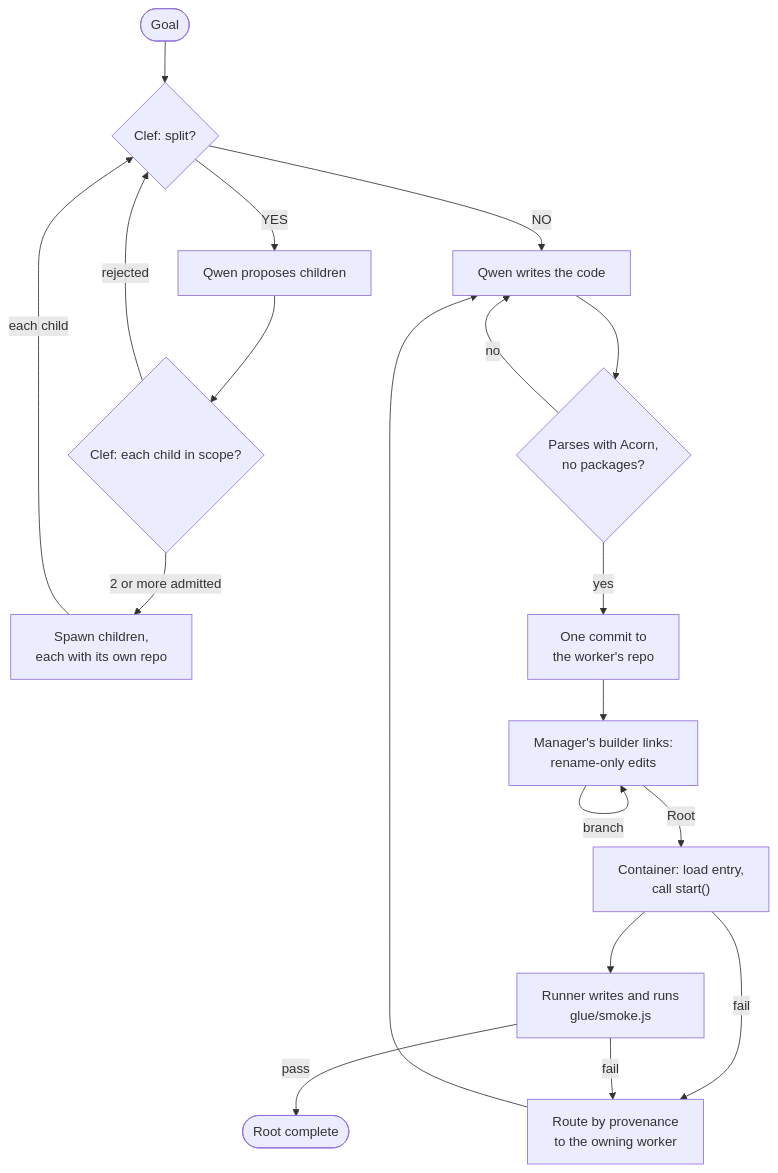
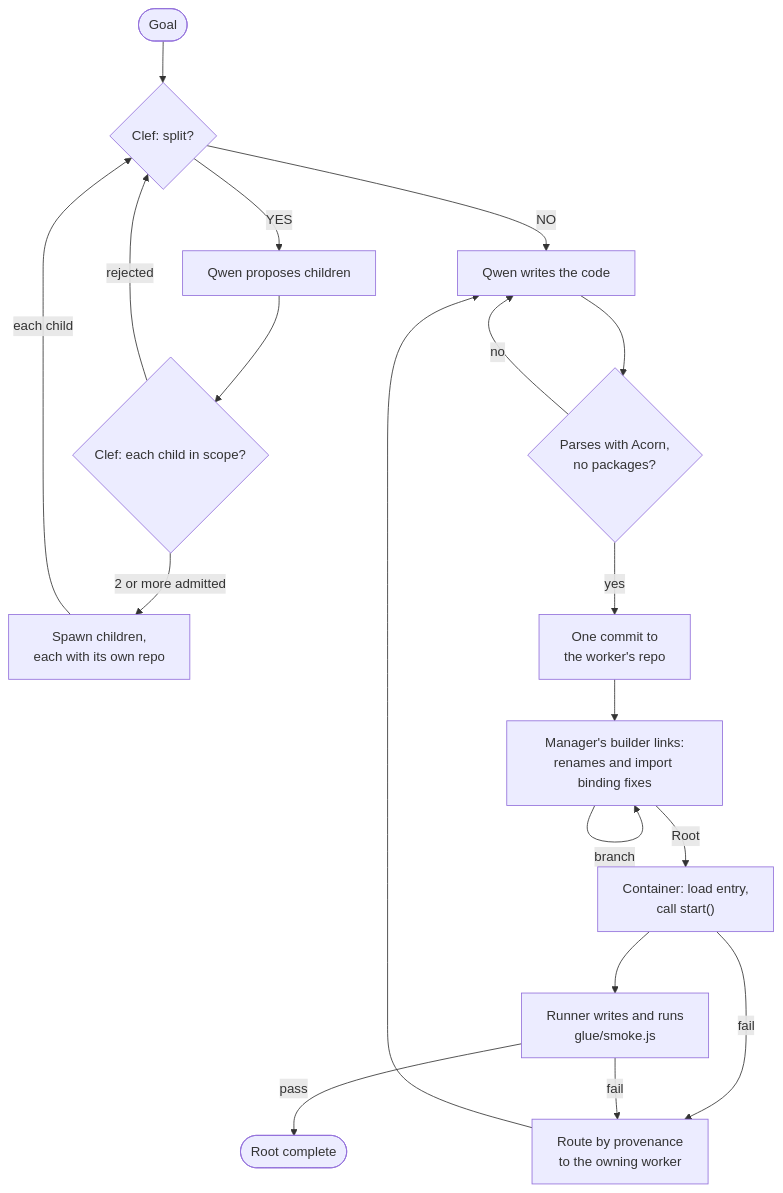
The second of 2 diagrams in README.md (tyrtop-ai/cloudflare-comp), drawn with Mermaid before and after one commit. The commit also changed other lines of this file and 4 other files, not shown here.

````diff
--- a/README.md
+++ b/README.md
@@ -49,21 +49,21 @@
 ```mermaid
 flowchart TD
   goal(["Goal"]) --> gate{"Clef: split?"}
   gate -->|"YES"| propose["Qwen proposes children"]
   propose --> scope{"Clef: each child in scope?"}
   scope -->|"2 or more admitted"| spawn["Spawn children,<br/>each with its own repo"]
   scope -->|"rejected"| gate
   spawn -->|"each child"| gate
   gate -->|"NO"| write["Qwen writes the code"]
   write --> parse{"Parses with Acorn,<br/>no packages?"}
   parse -->|"no"| write
   parse -->|"yes"| commit["One commit to<br/>the worker's repo"]
-  commit --> link["Manager's builder links:<br/>rename-only edits"]
+  commit --> link["Manager's builder links:<br/>renames and import binding fixes"]
   link -->|"branch"| link
   link -->|"Root"| run["Container: load entry,<br/>call start()"]
   run --> test["Runner writes and runs<br/>glue/smoke.js"]
   test -->|"pass"| done(["Root complete"])
   run -->|"fail"| repair["Route by provenance<br/>to the owning worker"]
   test -->|"fail"| repair
   repair --> write
 ```
````
